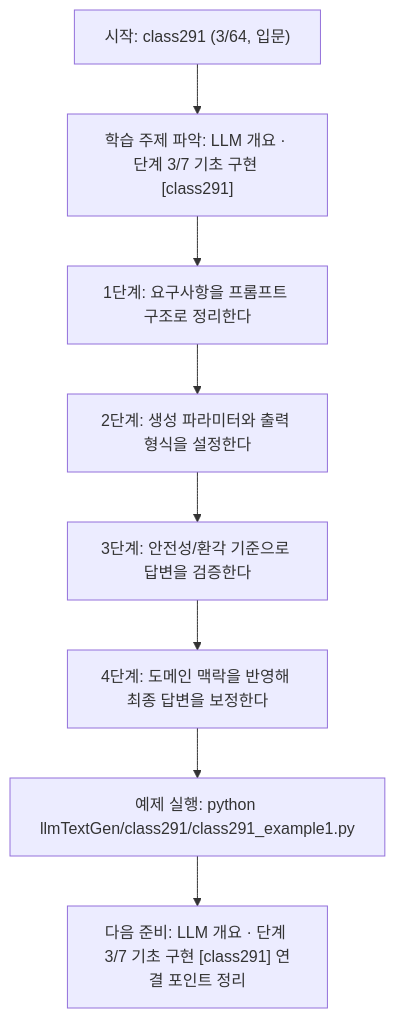
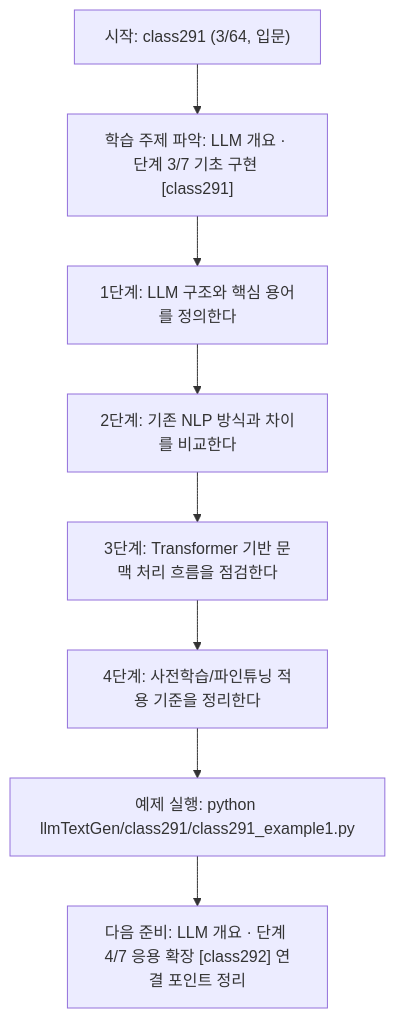
One commit to edumgt/Python-AI_Agent-Class changed the diagram in llmTextGen/class291/class291.md. Above: the diagram before and after it, drawn with Mermaid. The commit also changed other lines of this file and 451 other files, not shown here.

````diff
--- a/llmTextGen/class291/class291.md
+++ b/llmTextGen/class291/class291.md
@@ -113,18 +95,18 @@
 ```mermaid
 flowchart TD
 N1["시작: class291 (3/64, 입문)"]
 N2["학습 주제 파악: LLM 개요 · 단계 3/7 기초 구현 [class291]"]
-N3["1단계: 요구사항을 프롬프트 구조로 정리한다"]
-N4["2단계: 생성 파라미터와 출력 형식을 설정한다"]
-N5["3단계: 안전성/환각 기준으로 답변을 검증한다"]
-N6["4단계: 도메인 맥락을 반영해 최종 답변을 보정한다"]
+N3["1단계: LLM 구조와 핵심 용어를 정의한다"]
+N4["2단계: 기존 NLP 방식과 차이를 비교한다"]
+N5["3단계: Transformer 기반 문맥 처리 흐름을 점검한다"]
+N6["4단계: 사전학습/파인튜닝 적용 기준을 정리한다"]
 N7["예제 실행: python llmTextGen/class291/class291_example1.py"]
-N8["다음 준비: LLM 개요 · 단계 3/7 기초 구현 [class291] 연결 포인트 정리"]
+N8["다음 준비: LLM 개요 · 단계 4/7 응용 확장 [class292] 연결 포인트 정리"]
 N1 --> N2
 N2 --> N3
 N3 --> N4
 N4 --> N5
 N5 --> N6
 N6 --> N7
 N7 --> N8
 ```
````
